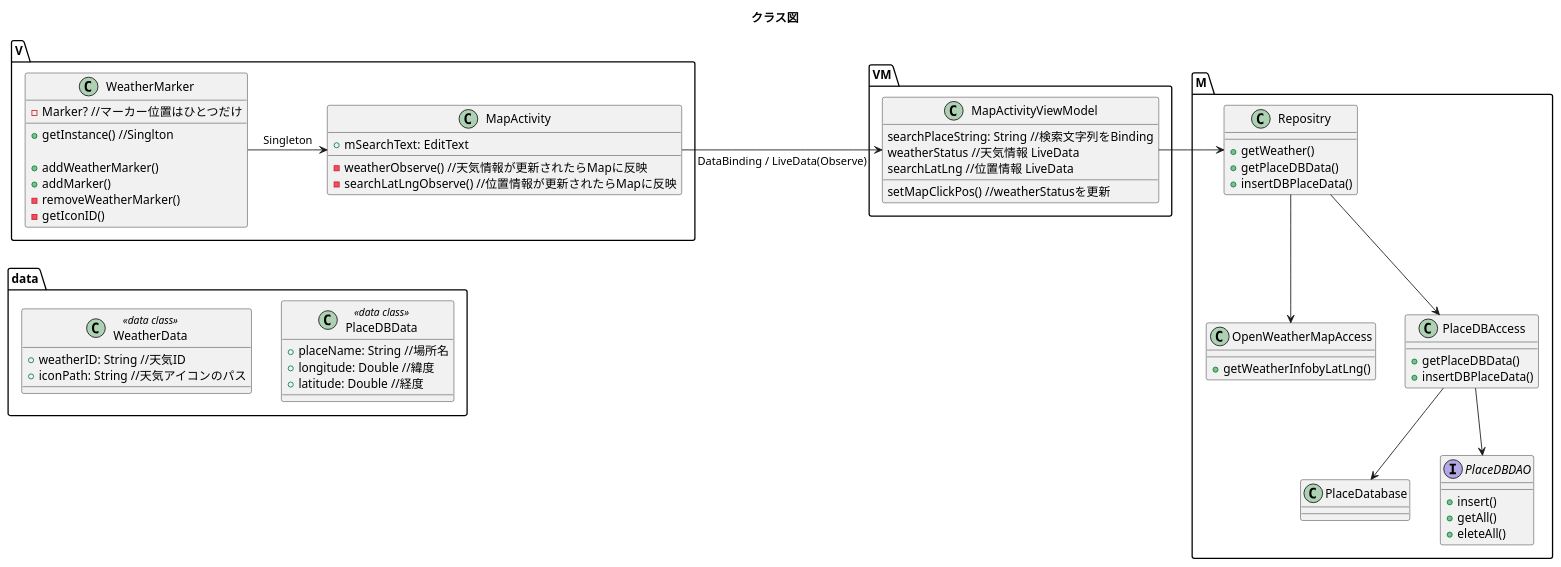
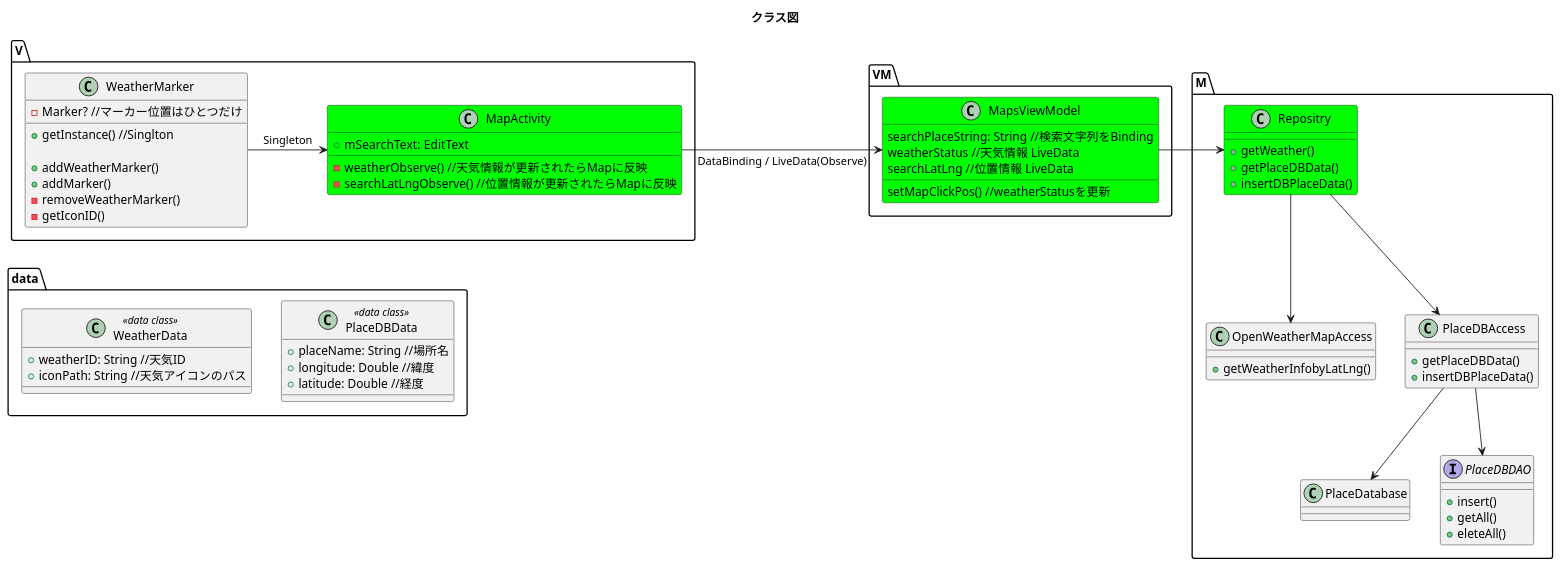
Before and after one commit to takudosato/appDocuments202008: the diagram in classDiagram.pu, drawn with PlantUML. The commit also changed 5 other files, not shown here.

```diff
--- a/classDiagram.pu
+++ b/classDiagram.pu
@@ -1,101 +1,101 @@
 @startuml class diagram
 
 title: クラス図
 
 'クラスの宣言
 package "V" {
 
   'GoogleMapを表示する
-  class MapActivity {
+  class MapActivity #00FF00 {
     +mSearchText: EditText
 
     -weatherObserve() //天気情報が更新されたらMapに反映
     -searchLatLngObserve() //位置情報が更新されたらMapに反映
   }
 
   class WeatherMarker{
     -Marker? //マーカー位置はひとつだけ
 
     +getInstance() //Singlton
 
     +addWeatherMarker()
     +addMarker()
     -removeWeatherMarker()
     -getIconID()
   }
 }
 
 package "VM" {
 
-  class MapActivityViewModel {
+  class MapsViewModel #00FF00  {
     searchPlaceString: String //検索文字列をBinding
     weatherStatus //天気情報 LiveData
     searchLatLng //位置情報 LiveData
 
     setMapClickPos() //weatherStatusを更新
   } 
 
 }
 
 package "M" {
-  class Repositry {
+  class Repositry #00FF00  {
     +getWeather()
     +getPlaceDBData()
     +insertDBPlaceData()
   }
 
   class OpenWeatherMapAccess{
     +getWeatherInfobyLatLng()
   }
 
   class PlaceDBAccess {
     +getPlaceDBData()
     +insertDBPlaceData()
   }
 
   class PlaceDatabase{
   }
 
   interface PlaceDBDAO{
     +insert()
     +getAll()
     +eleteAll()
   }
 }
 
 package data {
 
   '場所を表すデータクラス
   class PlaceDBData <<data class>> {
     +placeName: String //場所名
     +longitude: Double //緯度
     +latitude: Double //経度
   }
 
   '天気情報を表すデータクラス
   class WeatherData <<data class>> {
     +weatherID: String //天気ID
     +iconPath: String //天気アイコンのパス
   }
 
 }
 
 'クラス関連
 ' MapActivityはGooglemapを保持
 WeatherMarker -> MapActivity : Singleton
 
-MapActivity -> MapActivityViewModel : DataBinding / LiveData(Observe)
+MapActivity -> MapsViewModel : DataBinding / LiveData(Observe)
 
 ' VMクラスとMクラス
-MapActivityViewModel -> Repositry
+MapsViewModel -> Repositry
 
 ' DBとWebAPIアクセスはクラスに任せる
 Repositry --> OpenWeatherMapAccess
 Repositry --> PlaceDBAccess
 
 PlaceDBAccess --> PlaceDatabase
 PlaceDBAccess --> PlaceDBDAO
 
 WeatherMarker -[hidden]do- WeatherData
 
 @enduml
```
